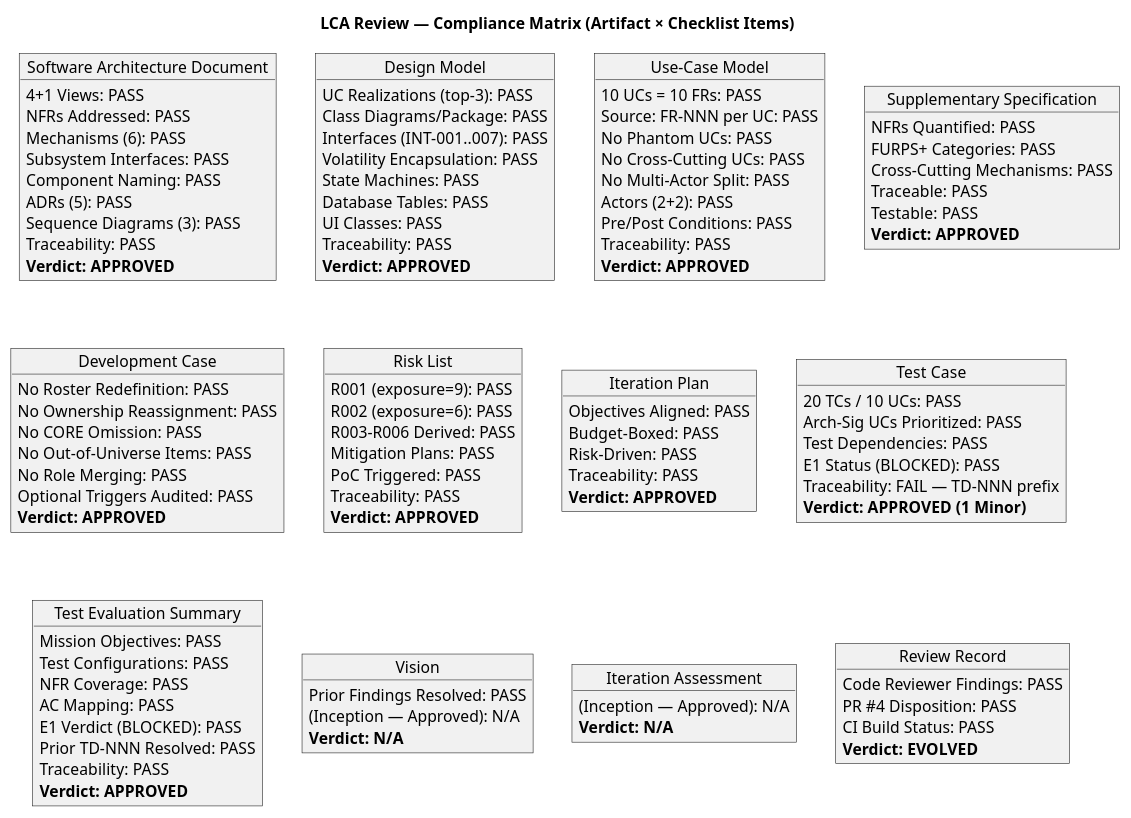
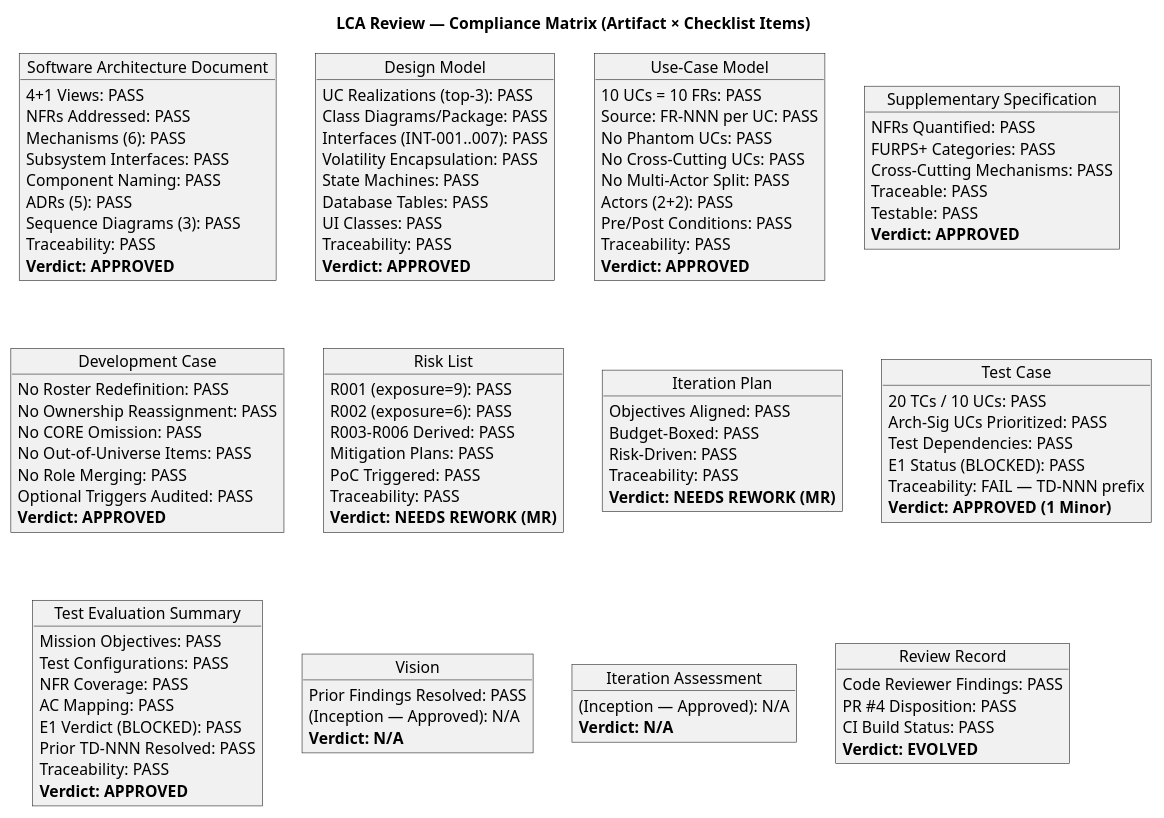
The third of 9 diagrams in docs/artifacts/project-management/review-record.md (banense-test/portal-cuba-corp), drawn with PlantUML before and after one commit. The commit also changed other lines of this file, not shown here.

```diff
--- a/docs/artifacts/project-management/review-record.md
+++ b/docs/artifacts/project-management/review-record.md
@@ -137,7 +235,7 @@
   Mitigation Plans: PASS
   PoC Triggered: PASS
   Traceability: PASS
-  **Verdict: APPROVED**
+  **Verdict: NEEDS REWORK (MR)**
 }
 
 object "Iteration Plan" as IP {
@@ -145,7 +243,7 @@
   Budget-Boxed: PASS
   Risk-Driven: PASS
   Traceability: PASS
-  **Verdict: APPROVED**
+  **Verdict: NEEDS REWORK (MR)**
 }
 
 object "Test Case" as TC {
```
